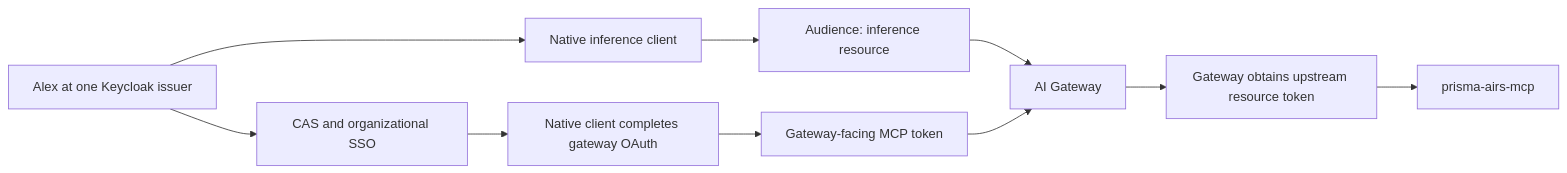
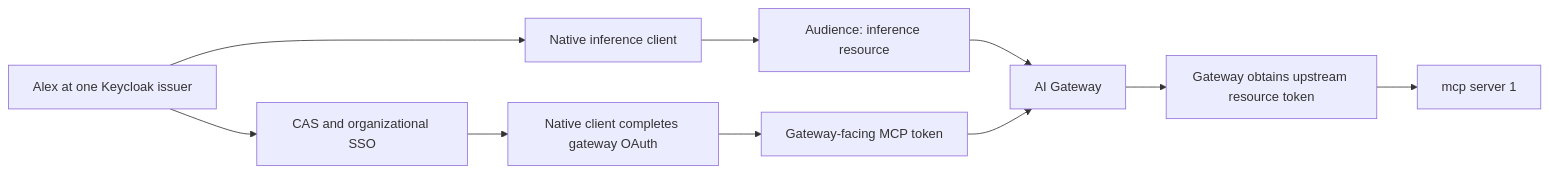
The diagram in docs/keycloak.md (cdot65/prisma-airs-reference-architecture), drawn with Mermaid before and after one commit. The commit also changed other lines of this file and 20 other files, not shown here.

````diff
--- a/docs/keycloak.md
+++ b/docs/keycloak.md
@@ -46,14 +50,14 @@
 ```mermaid
 flowchart LR
     accTitle: Separate inference and MCP authentication contracts
     accDescr: The harness presents inference and gateway-facing MCP credentials to the gateway. The gateway obtains and presents the upstream resource token.
     person["Alex at one Keycloak issuer"] --> inferenceClient["Native inference client"]
     person --> cas["CAS and organizational SSO"]
     cas --> mcpClient["Native client completes gateway OAuth"]
     inferenceClient --> inferenceToken["Audience: inference resource"]
     mcpClient --> mcpToken["Gateway-facing MCP token"]
     inferenceToken --> gateway["AI Gateway"]
     mcpToken --> gateway
     gateway --> upstreamToken["Gateway obtains upstream resource token"]
-    upstreamToken --> server["prisma-airs-mcp"]
+    upstreamToken --> server["mcp server 1"]
 ```
````
